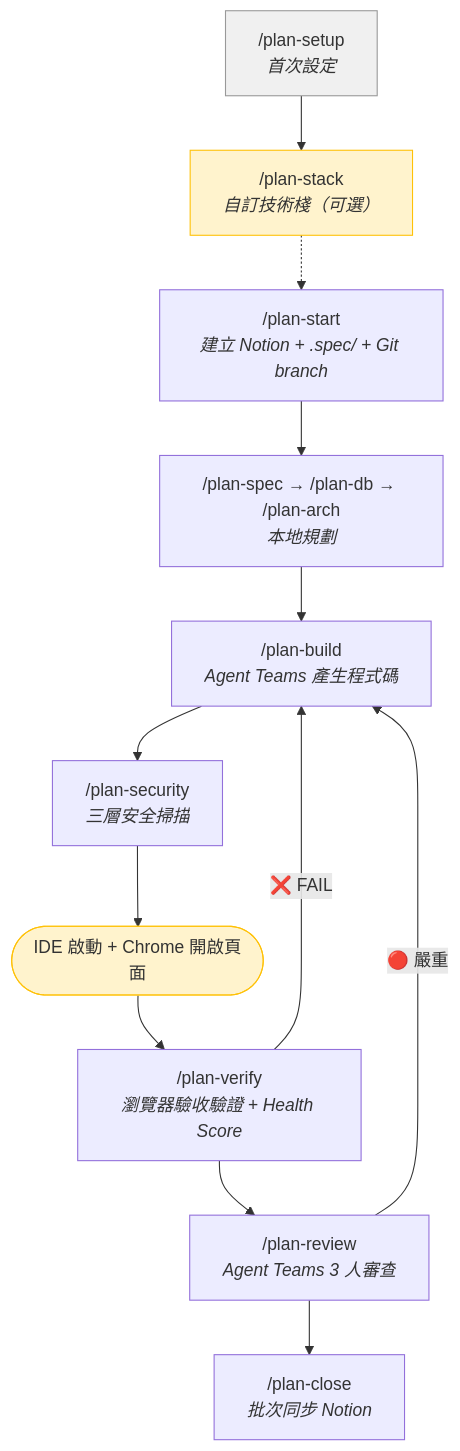
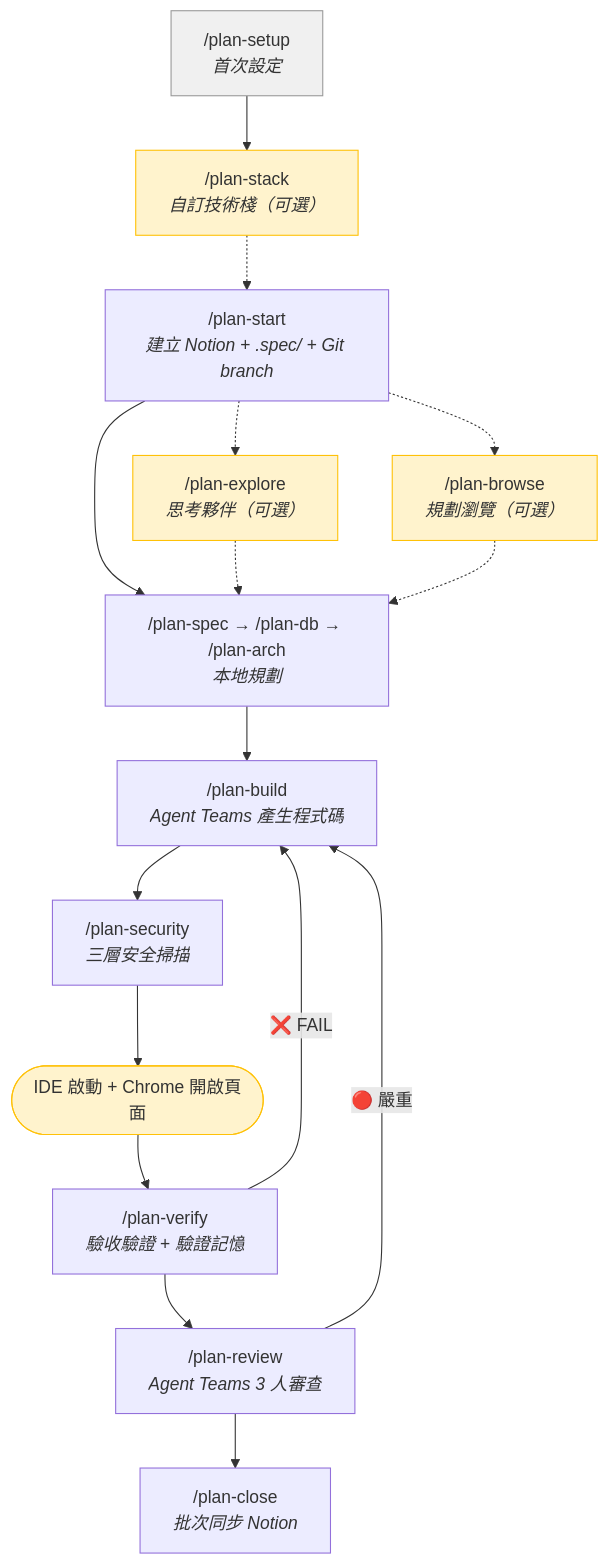
One commit to Stcfinch/crew changed the third of 5 diagrams in README.md. Above: the diagram before and after it, drawn with Mermaid. The commit also changed other lines of this file, not shown here.

Commit message:
docs: 根目錄 README 指令表與流程圖補上 plan-explore 與 plan-browse

````diff
--- a/README.md
+++ b/README.md
@@ -115,21 +115,27 @@
 ```mermaid
 flowchart TD
     setup["/plan-setup<br/><i>首次設定</i>"]
     stack["/plan-stack<br/><i>自訂技術棧（可選）</i>"]
     start["/plan-start<br/><i>建立 Notion + .spec/ + Git branch</i>"]
+    explore["/plan-explore<br/><i>思考夥伴（可選）</i>"]
+    browse["/plan-browse<br/><i>規劃瀏覽（可選）</i>"]
     plan["/plan-spec → /plan-db → /plan-arch<br/><i>本地規劃</i>"]
     build["/plan-build<br/><i>Agent Teams 產生程式碼</i>"]
     security["/plan-security<br/><i>三層安全掃描</i>"]
     ide(["IDE 啟動 + Chrome 開啟頁面"])
-    verify["/plan-verify<br/><i>瀏覽器驗收驗證 + Health Score</i>"]
+    verify["/plan-verify<br/><i>驗收驗證 + 驗證記憶</i>"]
     review["/plan-review<br/><i>Agent Teams 3 人審查</i>"]
     close["/plan-close<br/><i>批次同步 Notion</i>"]
 
     setup --> stack -.-> start --> plan --> build --> security --> ide --> verify --> review --> close
+    start -.-> explore -.-> plan
+    start -.-> browse -.-> plan
     verify -- "❌ FAIL" --> build
     review -- "🔴 嚴重" --> build
 
     style setup fill:#f0f0f0,stroke:#999
     style stack fill:#fff3cd,stroke:#ffc107
+    style explore fill:#fff3cd,stroke:#ffc107
+    style browse fill:#fff3cd,stroke:#ffc107
     style ide fill:#fff3cd,stroke:#ffc107
 ```
````
